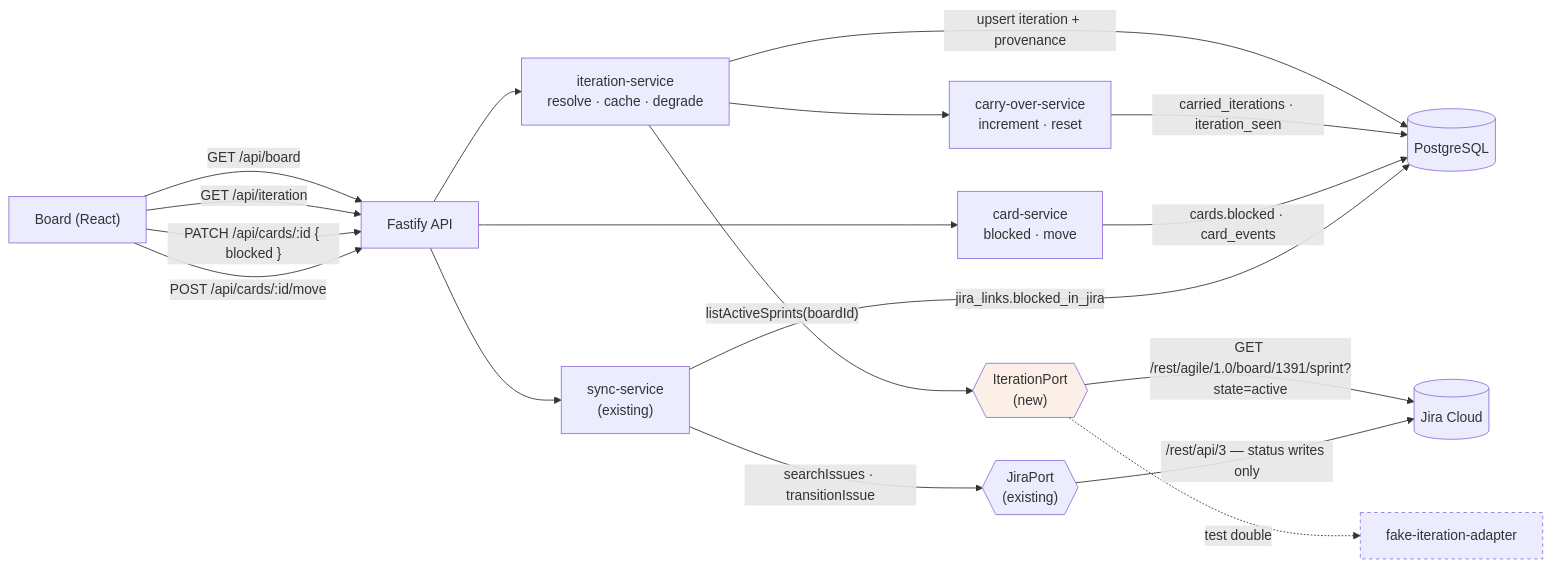
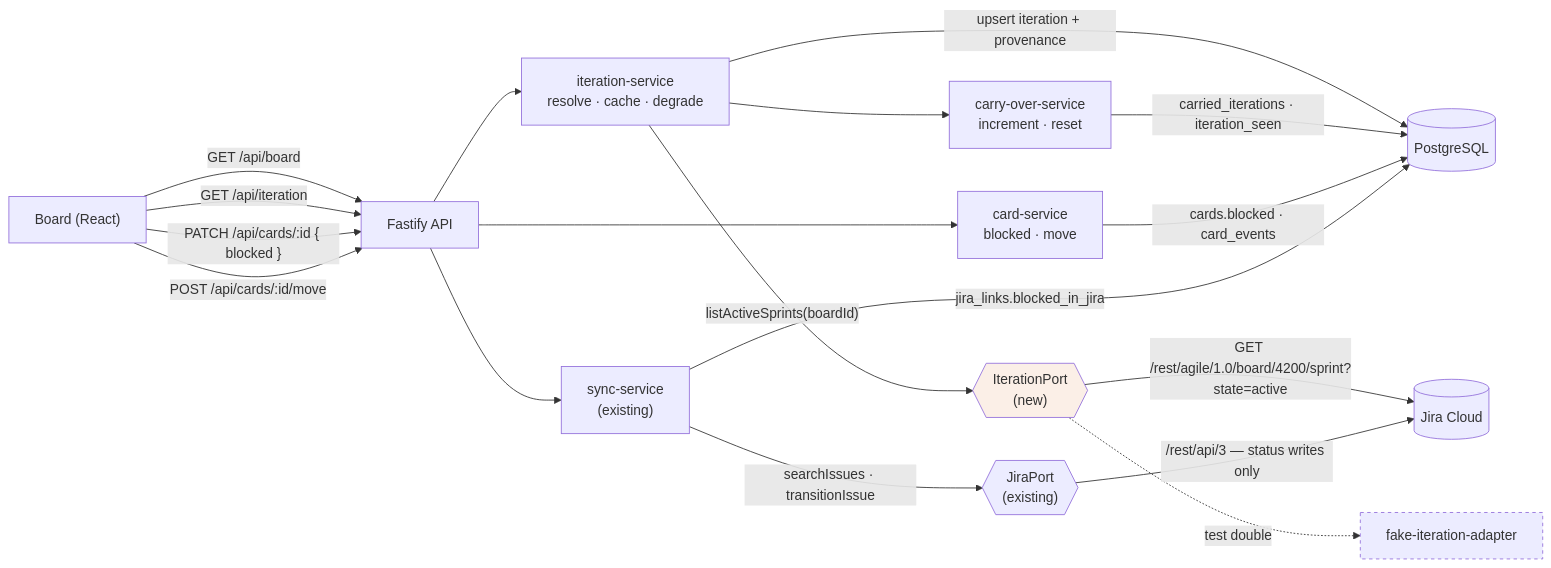
One commit to wedelthomas/quickKanban changed the first of 2 diagrams in specs/005-iteration-and-board-restructure/plan.md. Above: the diagram before and after it, drawn with Mermaid. The commit also changed other lines of this file and 66 other files, not shown here.

````diff
--- a/specs/005-iteration-and-board-restructure/plan.md
+++ b/specs/005-iteration-and-board-restructure/plan.md
@@ -224,27 +224,27 @@
 ```mermaid
 flowchart LR
   Board["Board (React)"] -->|"GET /api/board"| API["Fastify API"]
   Board -->|"GET /api/iteration"| API
   Board -->|"PATCH /api/cards/:id { blocked }"| API
   Board -->|"POST /api/cards/:id/move"| API
 
   API --> IterSvc["iteration-service<br/>resolve · cache · degrade"]
   IterSvc --> CarrySvc["carry-over-service<br/>increment · reset"]
   API --> CardSvc["card-service<br/>blocked · move"]
   API --> Sync["sync-service<br/>(existing)"]
 
   IterSvc -->|"listActiveSprints(boardId)"| IterPort{{"IterationPort<br/>(new)"}}
-  IterPort -->|"GET /rest/agile/1.0/board/1391/sprint?state=active"| Jira[("Jira Cloud")]
+  IterPort -->|"GET /rest/agile/1.0/board/4200/sprint?state=active"| Jira[("Jira Cloud")]
   IterPort -.->|"test double"| FakeIter["fake-iteration-adapter"]
 
   Sync -->|"searchIssues · transitionIssue"| JiraPort{{"JiraPort<br/>(existing)"}}
   JiraPort -->|"/rest/api/3 — status writes only"| Jira
 
   IterSvc -->|"upsert iteration + provenance"| DB[("PostgreSQL")]
   CarrySvc -->|"carried_iterations · iteration_seen"| DB
   CardSvc -->|"cards.blocked · card_events"| DB
   Sync -->|"jira_links.blocked_in_jira"| DB
 
   style IterPort fill:#e0894b22
   style FakeIter stroke-dasharray: 4 4
 ```
````
